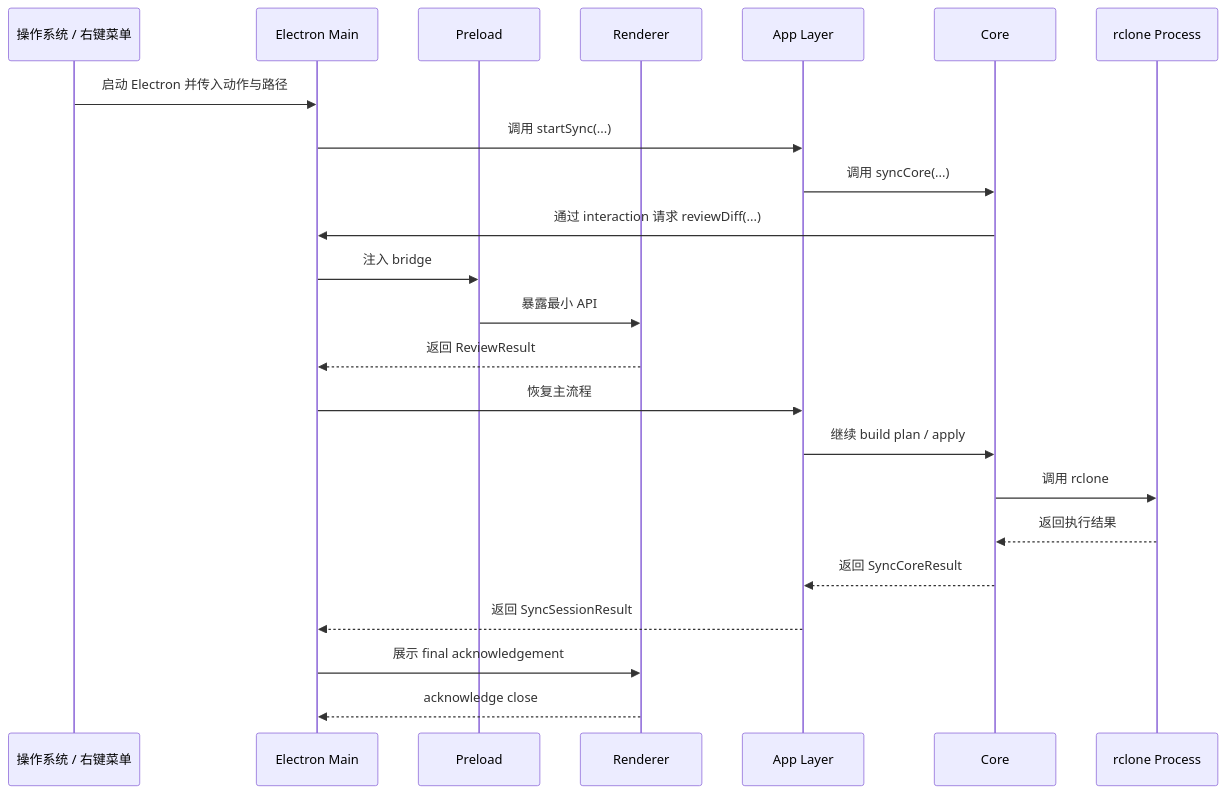
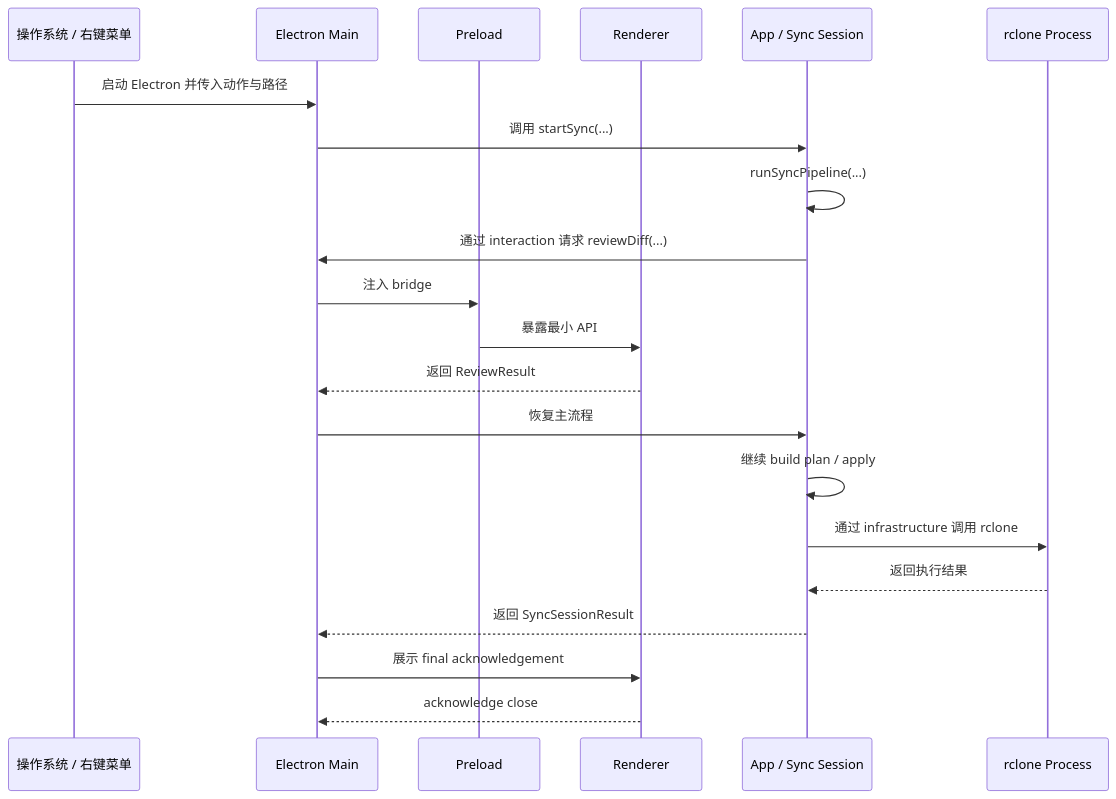
The second of 4 diagrams in docs/Architecture.md (agalloch21/sync-with-rclone), drawn with Mermaid before and after one commit. The commit also changed other lines of this file and 29 other files, not shown here.

Commit message:
4B/4C. Filesystem and rclone implementations now live under infrastructure; The transitional src/core boundary has been removed.

````diff
--- a/docs/Architecture.md
+++ b/docs/Architecture.md
@@ -92,26 +96,24 @@
 ```mermaid
 sequenceDiagram
   participant OS as 操作系统 / 右键菜单
   participant EM as Electron Main
   participant PL as Preload
   participant RD as Renderer
-  participant APP as App Layer
-  participant CORE as Core
+  participant APP as App / Sync Session
   participant RC as rclone Process
 
   OS->>EM: 启动 Electron 并传入动作与路径
   EM->>APP: 调用 startSync(...)
-  APP->>CORE: 调用 syncCore(...)
-  CORE->>EM: 通过 interaction 请求 reviewDiff(...)
+  APP->>APP: runSyncPipeline(...)
+  APP->>EM: 通过 interaction 请求 reviewDiff(...)
   EM->>PL: 注入 bridge
   PL->>RD: 暴露最小 API
   RD-->>EM: 返回 ReviewResult
   EM->>APP: 恢复主流程
-  APP->>CORE: 继续 build plan / apply
-  CORE->>RC: 调用 rclone
-  RC-->>CORE: 返回执行结果
-  CORE-->>APP: 返回 SyncCoreResult
+  APP->>APP: 继续 build plan / apply
+  APP->>RC: 通过 infrastructure 调用 rclone
+  RC-->>APP: 返回执行结果
   APP-->>EM: 返回 SyncSessionResult
   EM->>RD: 展示 final acknowledgement
   RD-->>EM: acknowledge close
 ```
````
